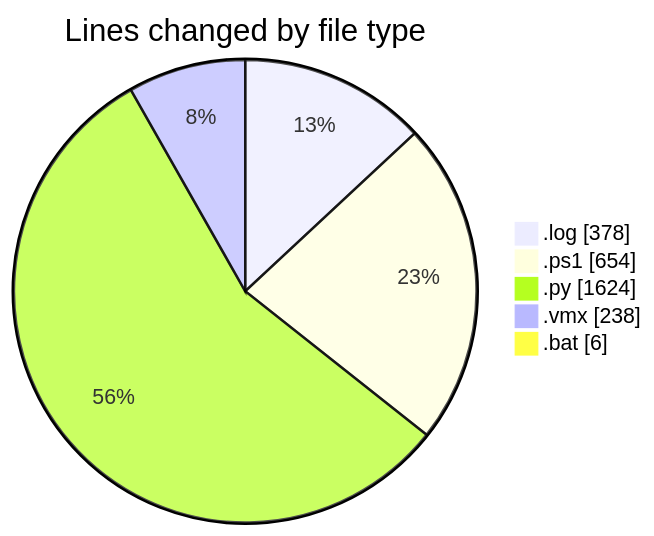
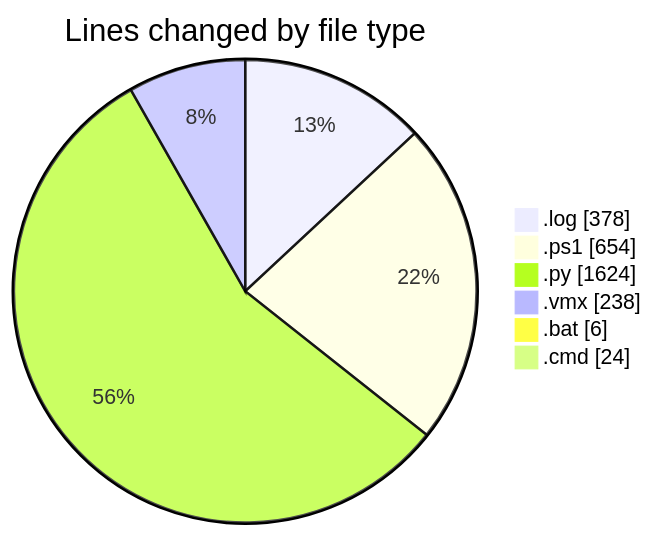
Before and after one commit to shibass792/code-tracking: the first of 2 diagrams in 2026-07-08/twenty_versions_aminor/README.md, drawn with Mermaid. The commit also changed other lines of this file and 1 other file, not shown here.

````diff
--- a/2026-07-08/twenty_versions_aminor/README.md
+++ b/2026-07-08/twenty_versions_aminor/README.md
@@ -29,9 +30,10 @@
 ```mermaid
 pie showData
 title Lines changed by file type
 ".log" : 378
 ".ps1" : 654
 ".py" : 1624
 ".vmx" : 238
 ".bat" : 6
+".cmd" : 24
 ```
````
